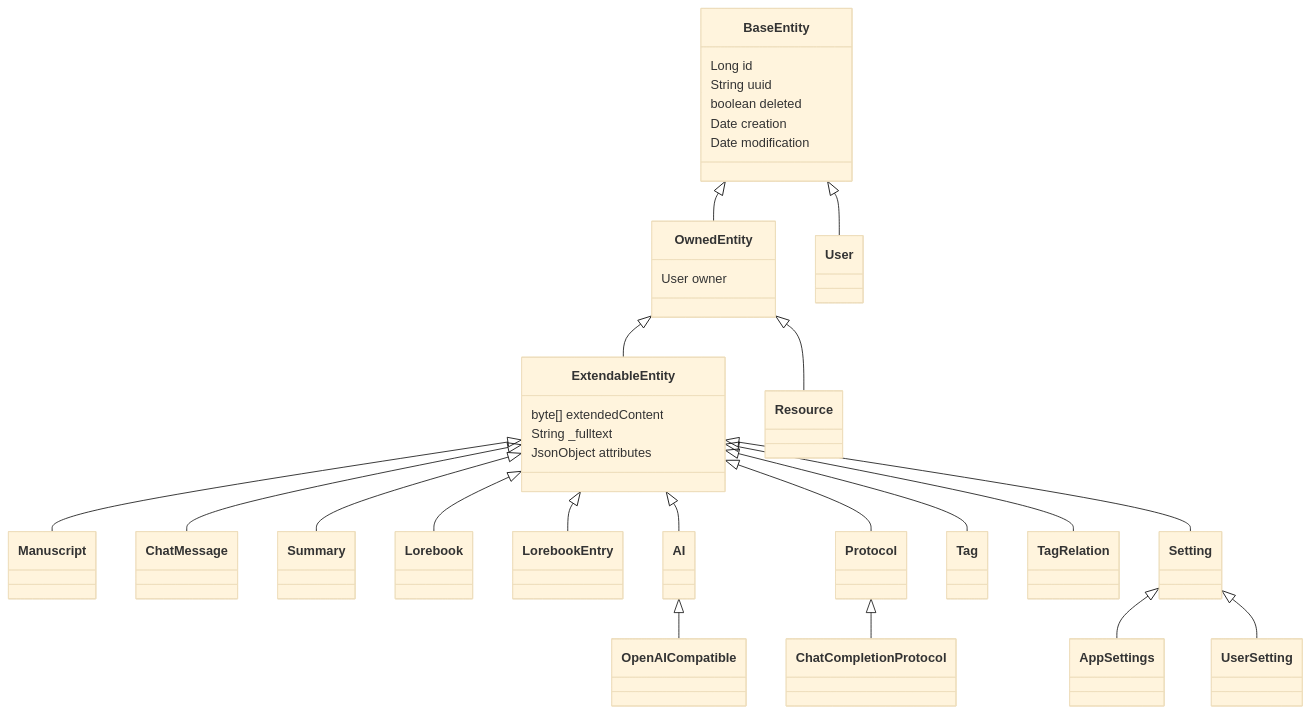
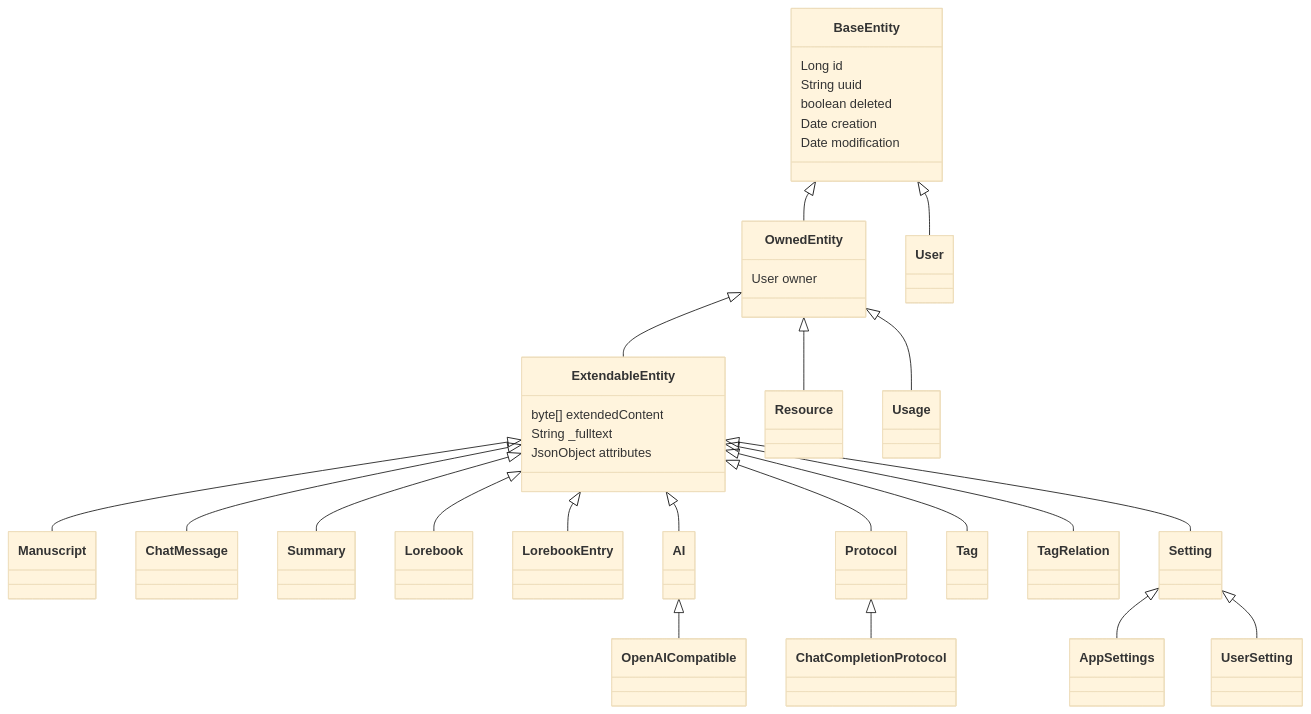
Before and after one commit to Enerccio/Marginalia: the second of 3 diagrams in docs/developer/domain-model.md, drawn with Mermaid (base theme). The commit also changed other lines of this file and 117 other files, not shown here.

````diff
--- a/docs/developer/domain-model.md
+++ b/docs/developer/domain-model.md
@@ -58,36 +61,37 @@
 ```mermaid
 classDiagram
     class BaseEntity {
         Long id
         String uuid
         boolean deleted
         Date creation
         Date modification
     }
     class OwnedEntity {
         User owner
     }
     class ExtendableEntity {
         byte[] extendedContent
         String _fulltext
         JsonObject attributes
     }
     BaseEntity <|-- User
     BaseEntity <|-- OwnedEntity
     OwnedEntity <|-- Resource
     OwnedEntity <|-- ExtendableEntity
     ExtendableEntity <|-- Manuscript
     ExtendableEntity <|-- ChatMessage
     ExtendableEntity <|-- Summary
     ExtendableEntity <|-- Lorebook
     ExtendableEntity <|-- LorebookEntry
+    OwnedEntity <|-- Usage
     ExtendableEntity <|-- AI
     ExtendableEntity <|-- Protocol
     ExtendableEntity <|-- Tag
     ExtendableEntity <|-- TagRelation
     ExtendableEntity <|-- Setting
     AI <|-- OpenAICompatible
     Protocol <|-- ChatCompletionProtocol
     Setting <|-- AppSettings
     Setting <|-- UserSetting
 ```
````
